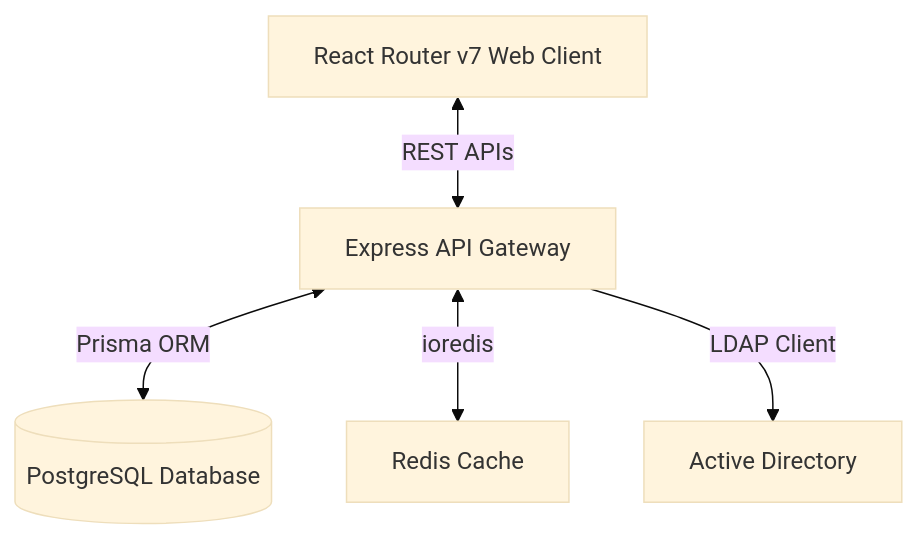
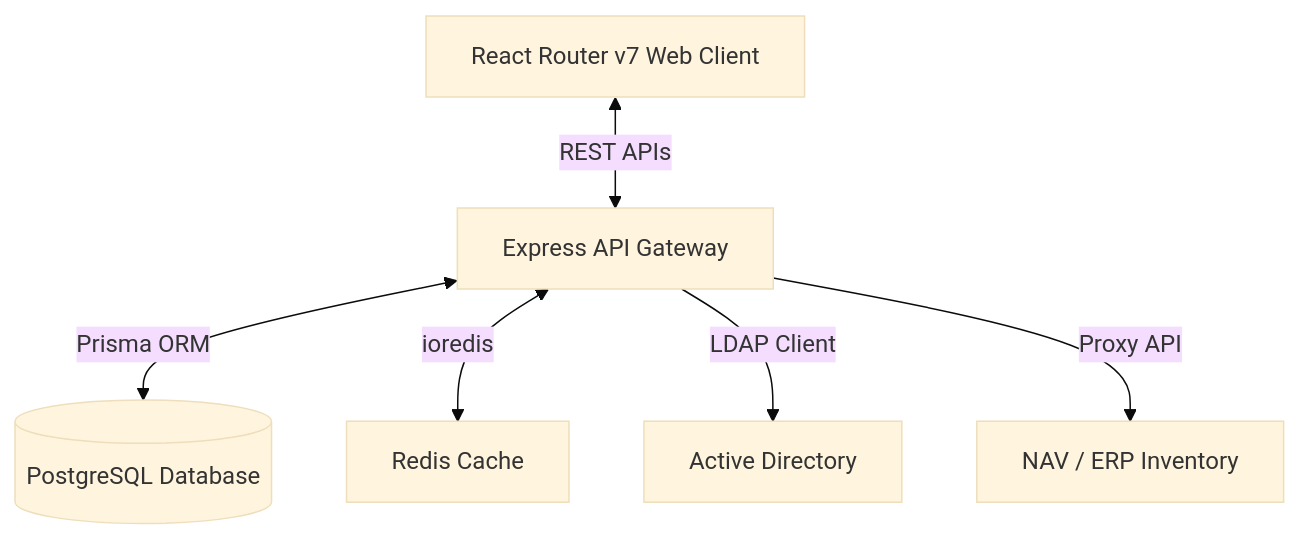
Before and after one commit to Ham144/inventory-audit-system: the first of 2 diagrams in README.md, drawn with Mermaid (base theme). The commit also changed other lines of this file and 60 other files, not shown here.

````diff
--- a/README.md
+++ b/README.md
@@ -25,7 +48,8 @@
 ```mermaid
 graph TD
     Client[React Router v7 Web Client] <-->|REST APIs| Server[Express API Gateway]
     Server <-->|Prisma ORM| DB[(PostgreSQL Database)]
     Server <-->|ioredis| Redis[Redis Cache]
     Server -->|LDAP Client| AD[Active Directory]
+    Server -->|Proxy API| ERP[NAV / ERP Inventory]
 ```
````
